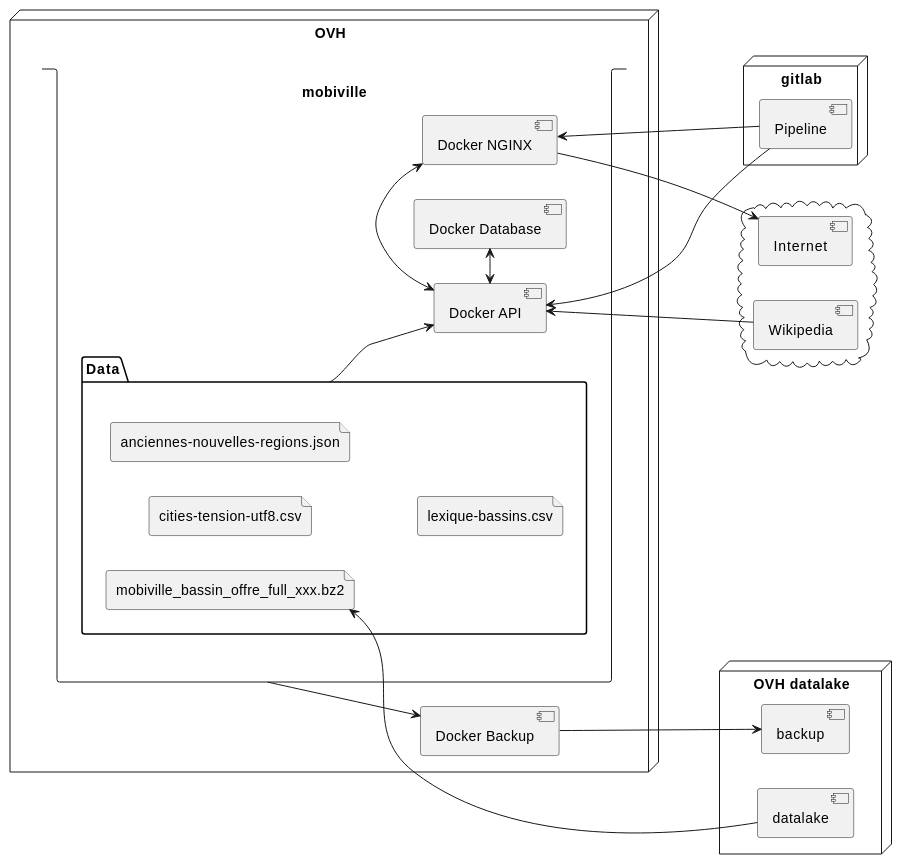
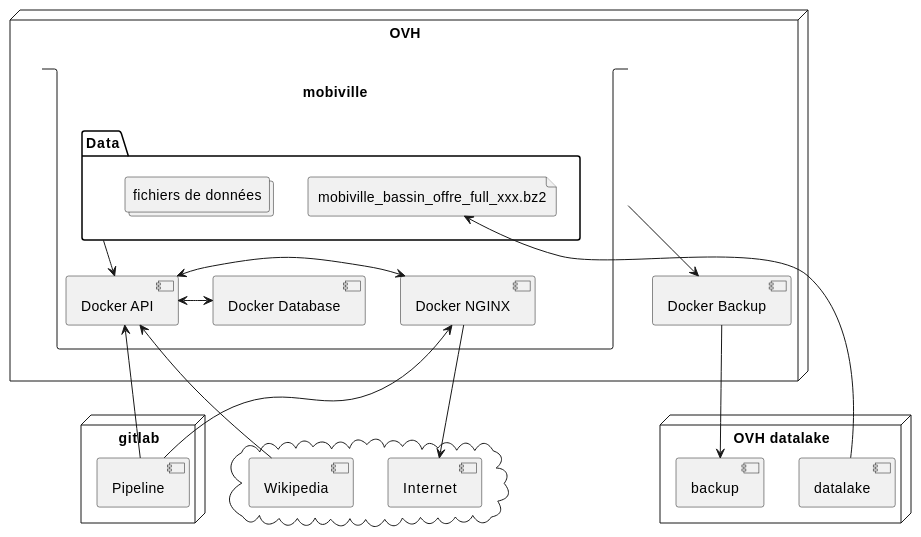
One commit to StartupsPoleEmploi/mobiville changed the diagram in README.md. Above: the diagram before and after it, drawn with PlantUML. The commit also changed other lines of this file, not shown here.

````diff
--- a/README.md
+++ b/README.md
@@ -157,47 +157,44 @@
 ```plantuml
 node "OVH" {
 
 stack "mobiville" {
   [Docker NGINX]
   [Docker API]
   [Docker Database]
 
   package Data {  
-left to right direction
-file "cities-tension-utf8.csv"
-file "anciennes-nouvelles-regions.json"
-file "lexique-bassins.csv"
+collections "fichiers de données"
 file "mobiville_bassin_offre_full_xxx.bz2" as datalakefile
 }
 }
   [Docker Backup]
 
 
 }
 
 node "gitlab" {
    [Pipeline]
 }
 
 node "OVH datalake" {
    [backup]
    [datalake]
 }
 
 
 cloud {
   [Internet]
   [Wikipedia]
 }
 
 [Docker NGINX] -d--> [Internet]
 [Docker API] <-> [Docker Database]
 [Docker API] <-> [Docker NGINX]
 [Wikipedia] --> [Docker API]
 [Pipeline] -u--> [Docker API]
 [Pipeline] -u--> [Docker NGINX]
 [Docker Backup] -d--> [backup]
 mobiville --> [Docker Backup]
 Data --> [Docker API]
 [datalake] -l--> datalakefile
 ```
````
